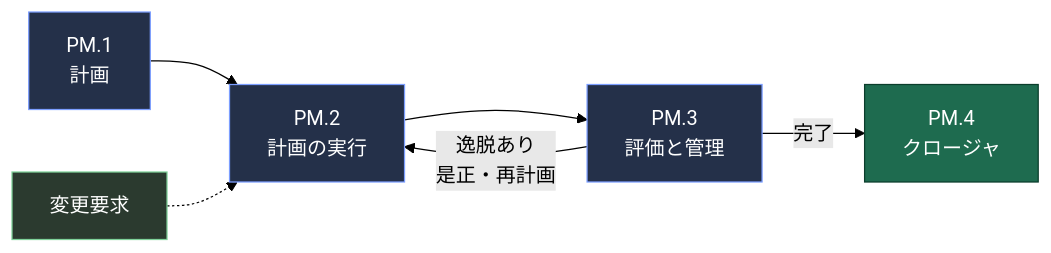
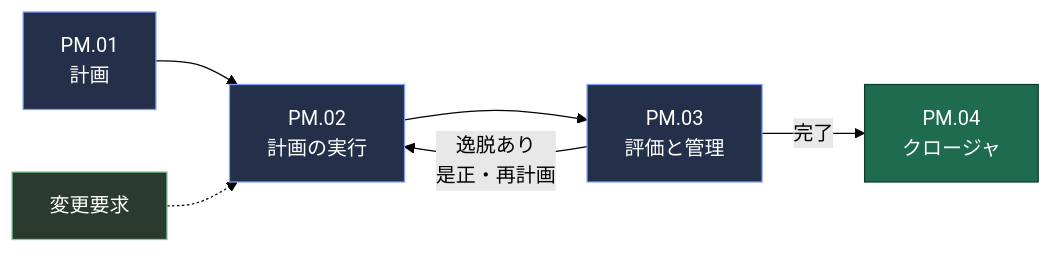
The seventh of 13 diagrams in Iso-iec-29110-5-1-2-2025-beginner-guide.md (myoshi2891/Quality-Assurance-Studies), drawn with Mermaid (forest theme) before and after one commit. The commit also changed other lines of this file, not shown here.

````diff
--- a/Iso-iec-29110-5-1-2-2025-beginner-guide.md
+++ b/Iso-iec-29110-5-1-2-2025-beginner-guide.md
@@ -317,14 +317,14 @@
 ```mermaid
 flowchart LR
-    PM1["PM.1<br/>計画"] --> PM2["PM.2<br/>計画の実行"]
-    PM2 --> PM3["PM.3<br/>評価と管理"]
+    PM1["PM.01<br/>計画"] --> PM2["PM.02<br/>計画の実行"]
+    PM2 --> PM3["PM.03<br/>評価と管理"]
     PM3 -->|"逸脱あり<br/>是正・再計画"| PM2
-    PM3 -->|"完了"| PM4["PM.4<br/>クロージャ"]
+    PM3 -->|"完了"| PM4["PM.04<br/>クロージャ"]
     CR1["変更要求"] -.-> PM2
     classDef a fill:#243049,stroke:#7c9eff,color:#ffffff
     classDef fin fill:#1e6b4f,stroke:#0b3d2c,color:#ffffff
     classDef ev fill:#2b3a2f,stroke:#7fd19a,color:#ffffff
     class PM1,PM2,PM3 a
     class PM4 fin
     class CR1 ev
 ```
````
